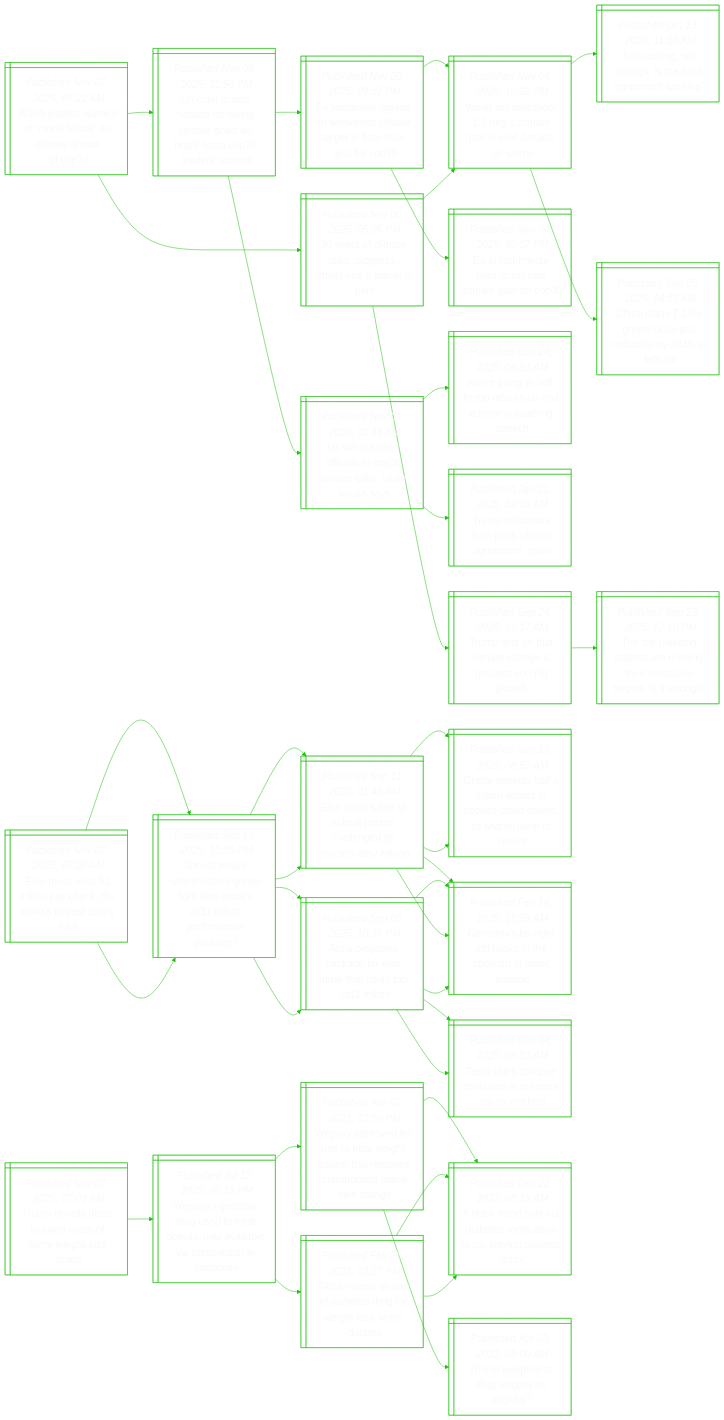
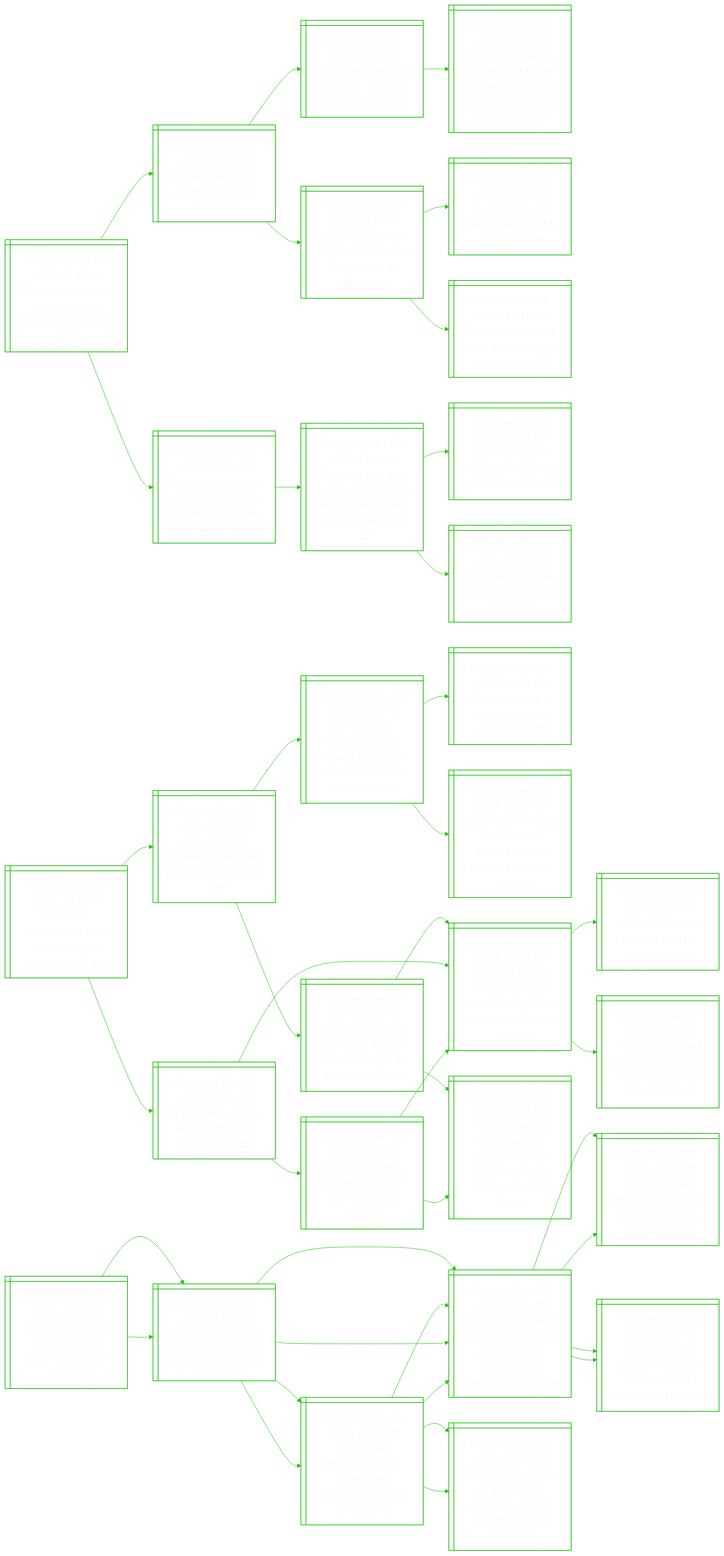
Before and after one commit to notJmes/notJmes: the diagram in README.md, drawn with Mermaid. The commit also changed other lines of this file, not shown here.

````diff
--- a/README.md
+++ b/README.md
@@ -16,118 +16,130 @@
 flowchart LR
 classDef txtsize font-size:20px;
 
-WlrnmfrledP@{ shape: win-pane, label: "_Published Nov 07, 2025, 07:21 AM_
-World leaders warned of ‘moral failure’ on climate ahead of cop30" }
-UeltfictlrhCast@{ shape: win-pane, label: "_Published Nov 06, 2025, 11:50 PM_
-Un chief scolds nations for failing climate goals as brazil hosts cop30 leaders’ summit" }
-EterneleeioaC@{ shape: win-pane, label: "_Published Nov 05, 2025, 09:32 PM_
-Eu tentatively agrees on weakened climate target in final-hour deal for cop30" }
-WwvogmoneUn@{ shape: win-pane, label: "_Published Nov 04, 2025, 10:22 PM_
-World will overshoot 1.5 deg c climate goal in next decade, un warns" }
-Eanaoemor@{ shape: win-pane, label: "_Published Nov 04, 2025, 02:07 PM_
-Eu in last-minute talks to set new climate goal for cop30" }
-UleflOmahoa@{ shape: win-pane, label: "_Published Nov 01, 2025, 01:46 AM_
-Us will not send officials to cop30 climate talks, white house says" }
-Ygtlpcarnhp@{ shape: win-pane, label: "_Published Sep 24, 2025, 06:51 AM_
-‘you’re going to hell’: trump attacks un and europe in scathing speech" }
-Twrrriamg@{ shape: win-pane, label: "_Published Jan 21, 2025, 02:36 AM_
-Trump withdraws from paris climate agreement, again" }
-yomarsfalii@{ shape: win-pane, label: "_Published Nov 06, 2025, 05:05 PM_
-30 years of climate talks: progress, pitfalls and a planet in peril" }
-TtUtaastogl@{ shape: win-pane, label: "_Published Sep 24, 2025, 12:17 AM_
-Trump tells un that climate change is ‘greatest con job’ globally" }
-Tpunnrieingso@{ shape: win-pane, label: "_Published Sep 23, 2025, 12:10 PM_
-The top polluting nations are revising their emissions targets. is it enough?" }
-WwvogmoneUn@{ shape: win-pane, label: "_Published Nov 04, 2025, 10:22 PM_
-World will overshoot 1.5 deg c climate goal in next decade, un warns" }
-Ntnosager@{ shape: win-pane, label: "_Published Oct 13, 2025, 11:10 AM_
-Not nothing, not enough: is the paris agreement working?" }
-Cpghgdois@{ shape: win-pane, label: "_Published Sep 25, 2025, 04:57 AM_
-China plans 7-10% greenhouse gas reduction by 2035, xi tells un" }
+TmCaadotiil@{ shape: win-pane, label: "_Published Nov 07, 2025, 11:42 AM_
+Trump meets central asian leaders to boost critical mineral ties" }
+KhtnhcTs@{ shape: win-pane, label: "_Published Nov 07, 2025, 03:01 AM_
+Kazakhstan to join abraham accords, trump says" }
+Tdrzooetum@{ shape: win-pane, label: "_Published Oct 13, 2025, 05:59 AM_
+Trump declares gaza war ‘over’; hostages due to return home" }
+AtHfezerydatoGel@{ shape: win-pane, label: "_Published Sep 30, 2025, 06:45 AM_
+Amnesty for hamas fighters, gaza to be governed by ‘board of peace’: details of the gaza peace plan" }
+ScpevToWHoiy@{ shape: win-pane, label: "_Published Nov 04, 2025, 08:37 AM_
+Saudi crown prince will visit trump on nov 18, white house official says" }
+Uesarbpg@{ shape: win-pane, label: "_Published May 13, 2025, 11:07 PM_
+Us agrees to sell saudi arabia $185b arms package" }
+Tttinchon@{ shape: win-pane, label: "_Published Oct 21, 2025, 11:41 PM_
+Trump to host saudi crown prince at white house on nov 18" }
+TttrienUkoraile@{ shape: win-pane, label: "_Published Nov 07, 2025, 12:15 AM_
+Trump to host central asian presidents as us seeks to counter china, russia influence" }
+Unloehmsewne@{ shape: win-pane, label: "_Published Oct 30, 2025, 10:01 AM_
+Us, china seal deal on rare earths; trump says xi meeting was a 12 on scale of 1 to 10" }
+LnmegvpSaee@{ shape: win-pane, label: "_Published Oct 30, 2025, 12:05 AM_
+Looming trump-xi meeting revives hope of us-china trade truce" }
+Wrteamdar@{ shape: win-pane, label: "_Published Oct 21, 2025, 09:47 PM_
+Why rare earths are china’s trump card in trade war" }
 
-WlrnmfrledP:::txtsize --> UeltfictlrhCast:::txtsize
-UeltfictlrhCast:::txtsize --> EterneleeioaC:::txtsize
-EterneleeioaC:::txtsize --> WwvogmoneUn:::txtsize
-EterneleeioaC:::txtsize --> Eanaoemor:::txtsize
-UeltfictlrhCast:::txtsize --> UleflOmahoa:::txtsize
-UleflOmahoa:::txtsize --> Ygtlpcarnhp:::txtsize
-UleflOmahoa:::txtsize --> Twrrriamg:::txtsize
-WlrnmfrledP:::txtsize --> yomarsfalii:::txtsize
-yomarsfalii:::txtsize --> TtUtaastogl:::txtsize
-TtUtaastogl:::txtsize --> Tpunnrieingso:::txtsize
-yomarsfalii:::txtsize --> WwvogmoneUn:::txtsize
-WwvogmoneUn:::txtsize --> Ntnosager:::txtsize
-WwvogmoneUn:::txtsize --> Cpghgdois:::txtsize
+TmCaadotiil:::txtsize --> KhtnhcTs:::txtsize
+KhtnhcTs:::txtsize --> Tdrzooetum:::txtsize
+Tdrzooetum:::txtsize --> AtHfezerydatoGel:::txtsize
+KhtnhcTs:::txtsize --> ScpevToWHoiy:::txtsize
+ScpevToWHoiy:::txtsize --> Uesarbpg:::txtsize
+ScpevToWHoiy:::txtsize --> Tttinchon:::txtsize
+TmCaadotiil:::txtsize --> TttrienUkoraile:::txtsize
+TttrienUkoraile:::txtsize --> Unloehmsewne:::txtsize
+Unloehmsewne:::txtsize --> LnmegvpSaee:::txtsize
+Unloehmsewne:::txtsize --> Wrteamdar:::txtsize
 
-Eunlpeedgah@{ shape: win-pane, label: "_Published Nov 07, 2025, 07:07 AM_
-Elon musk wins $1 trillion pay check, the world’s largest salary hike" }
-Sdardrilstiraae@{ shape: win-pane, label: "_Published Sep 12, 2025, 10:35 PM_
-Should tesla’s shareholders green-light elon musk’s us$1 trillion performance package?" }
-Euiferhnylrl@{ shape: win-pane, label: "_Published Sep 11, 2025, 01:45 AM_
-Elon musk’s title of richest person challenged by oracle’s larry ellison" }
-Oeclinabddrssto@{ shape: win-pane, label: "_Published Sep 10, 2025, 08:53 AM_
-Oracle expects half a trillion dollars in booked cloud orders; its shares jump to record" }
-GnrtanpgMut@{ shape: win-pane, label: "_Published Feb 16, 2025, 11:59 AM_
-Germany’s far-right afd basks in the spotlight of musk support" }
-Tpscfokctti@{ shape: win-pane, label: "_Published Sep 05, 2025, 10:35 PM_
-Tesla proposes package for elon musk that could top us$1 trillion" }
-TscpneusVe@{ shape: win-pane, label: "_Published Sep 04, 2025, 09:53 AM_
-Tesla sales collapse continues in europe’s top ev markets" }
-GnrtanpgMut@{ shape: win-pane, label: "_Published Feb 16, 2025, 11:59 AM_
-Germany’s far-right afd basks in the spotlight of musk support" }
-Sdardrilstiraae@{ shape: win-pane, label: "_Published Sep 12, 2025, 10:35 PM_
-Should tesla’s shareholders green-light elon musk’s us$1 trillion performance package?" }
-Euiferhnylrl@{ shape: win-pane, label: "_Published Sep 11, 2025, 01:45 AM_
-Elon musk’s title of richest person challenged by oracle’s larry ellison" }
-Oeclinabddrssto@{ shape: win-pane, label: "_Published Sep 10, 2025, 08:53 AM_
-Oracle expects half a trillion dollars in booked cloud orders; its shares jump to record" }
-GnrtanpgMut@{ shape: win-pane, label: "_Published Feb 16, 2025, 11:59 AM_
-Germany’s far-right afd basks in the spotlight of musk support" }
-Tpscfokctti@{ shape: win-pane, label: "_Published Sep 05, 2025, 10:35 PM_
-Tesla proposes package for elon musk that could top us$1 trillion" }
-TscpneusVe@{ shape: win-pane, label: "_Published Sep 04, 2025, 09:53 AM_
-Tesla sales collapse continues in europe’s top ev markets" }
-GnrtanpgMut@{ shape: win-pane, label: "_Published Feb 16, 2025, 11:59 AM_
-Germany’s far-right afd basks in the spotlight of musk support" }
+Castaoelkd@{ shape: win-pane, label: "_Published Nov 07, 2025, 11:32 AM_
+Canada’s conservative party loses second lawmaker in 3 days" }
+MfokCilsrgt@{ shape: win-pane, label: "_Published Nov 06, 2025, 02:18 PM_
+Mp’s defection shakes up canadian politics before budget vote" }
+Snndarawndwila@{ shape: win-pane, label: "_Published Sep 29, 2025, 06:09 PM_
+Six months in, canada pm mark carney faces two-front trade war with little leverage" }
+ChaCafauef@{ shape: win-pane, label: "_Published Mar 08, 2025, 09:31 AM_
+China hits back at canada with fresh agriculture tariffs" }
+Cttdtddetloyru@{ shape: win-pane, label: "_Published Apr 11, 2024, 10:15 AM_
+China tried to meddle but canadians decided last two elections, says pm trudeau" }
+Cartfeaieispfo@{ shape: win-pane, label: "_Published Dec 17, 2024, 02:26 PM_
+Canada government adrift after finance minister resigns as trump tariffs loom" }
+CaaieyFasapyhPd@{ shape: win-pane, label: "_Published Dec 16, 2024, 10:39 PM_
+Canada’s finance minister chrystia freeland resigns after policy clash with pm trudeau" }
+TttheCanrollgoir@{ shape: win-pane, label: "_Published Nov 26, 2024, 08:02 AM_
+Trump threatens china, mexico, canada with new tariffs over illegal immigration, illicit drugs" }
+TjCamtard@{ shape: win-pane, label: "_Published Dec 19, 2024, 12:55 AM_
+Trump jokes canada becoming 51st us state ‘a great idea’" }
+CaaieyFasapyhPd@{ shape: win-pane, label: "_Published Dec 16, 2024, 10:39 PM_
+Canada’s finance minister chrystia freeland resigns after policy clash with pm trudeau" }
+Cadueroeo@{ shape: win-pane, label: "_Published Dec 10, 2024, 08:15 AM_
+Canada’s trudeau survives third no-confidence vote" }
+TamTtednstnfa@{ shape: win-pane, label: "_Published Dec 02, 2024, 04:19 AM_
+Trudeau promised trump tougher border controls, says top canada official" }
+CadaslfePi@{ shape: win-pane, label: "_Published Dec 18, 2024, 06:56 AM_
+Canada’s trudeau battles to hold on after deputy pm resigns" }
+CaaieyFasapyhPd@{ shape: win-pane, label: "_Published Dec 16, 2024, 10:39 PM_
+Canada’s finance minister chrystia freeland resigns after policy clash with pm trudeau" }
+TttheCanrollgoir@{ shape: win-pane, label: "_Published Nov 26, 2024, 08:02 AM_
+Trump threatens china, mexico, canada with new tariffs over illegal immigration, illicit drugs" }
 
-Eunlpeedgah:::txtsize --> Sdardrilstiraae:::txtsize
-Sdardrilstiraae:::txtsize --> Euiferhnylrl:::txtsize
-Euiferhnylrl:::txtsize --> Oeclinabddrssto:::txtsize
-Euiferhnylrl:::txtsize --> GnrtanpgMut:::txtsize
-Sdardrilstiraae:::txtsize --> Tpscfokctti:::txtsize
-Tpscfokctti:::txtsize --> TscpneusVe:::txtsize
-Tpscfokctti:::txtsize --> GnrtanpgMut:::txtsize
-Eunlpeedgah:::txtsize --> Sdardrilstiraae:::txtsize
-Sdardrilstiraae:::txtsize --> Euiferhnylrl:::txtsize
-Euiferhnylrl:::txtsize --> Oeclinabddrssto:::txtsize
-Euiferhnylrl:::txtsize --> GnrtanpgMut:::txtsize
-Sdardrilstiraae:::txtsize --> Tpscfokctti:::txtsize
-Tpscfokctti:::txtsize --> TscpneusVe:::txtsize
-Tpscfokctti:::txtsize --> GnrtanpgMut:::txtsize
+Castaoelkd:::txtsize --> MfokCilsrgt:::txtsize
+MfokCilsrgt:::txtsize --> Snndarawndwila:::txtsize
+Snndarawndwila:::txtsize --> ChaCafauef:::txtsize
+Snndarawndwila:::txtsize --> Cttdtddetloyru:::txtsize
+MfokCilsrgt:::txtsize --> Cartfeaieispfo:::txtsize
+Cartfeaieispfo:::txtsize --> CaaieyFasapyhPd:::txtsize
+Cartfeaieispfo:::txtsize --> TttheCanrollgoir:::txtsize
+Castaoelkd:::txtsize --> TjCamtard:::txtsize
+TjCamtard:::txtsize --> CaaieyFasapyhPd:::txtsize
+CaaieyFasapyhPd:::txtsize --> Cadueroeo:::txtsize
+CaaieyFasapyhPd:::txtsize --> TamTtednstnfa:::txtsize
+TjCamtard:::txtsize --> CadaslfePi:::txtsize
+CadaslfePi:::txtsize --> CaaieyFasapyhPd:::txtsize
+CadaslfePi:::txtsize --> TttheCanrollgoir:::txtsize
 
-Tulloofwtd@{ shape: win-pane, label: "_Published Nov 07, 2025, 07:03 AM_
-Trump unveils deals to lower costs of some weight-loss drugs" }
-Wyceuotiwlvepige@{ shape: win-pane, label: "_Published Jul 12, 2025, 06:15 PM_
-Wegovy, injectable drug used to treat obesity, now available via prescription in singapore" }
-WyootagsSonodnei@{ shape: win-pane, label: "_Published Apr 02, 2023, 02:50 PM_
-Wegovy approved for use to treat weight issues; hsa removes unauthorised online sale listings" }
-AondieioSitsy@{ shape: win-pane, label: "_Published Dec 22, 2022, 08:19 AM_
-A tiktok trend sold out diabetes medication in us, leaving patients dizzy" }
-Wwtdesu@{ shape: win-pane, label: "_Published Apr 03, 2023, 05:00 AM_
-Why is weight-loss drug wegovy so popular?" }
-Tkosiegeloos@{ shape: win-pane, label: "_Published Feb 28, 2023, 03:27 PM_
-Tiktok videos on use of diabetes drug for weight loss worry doctors" }
-AondieioSitsy@{ shape: win-pane, label: "_Published Dec 22, 2022, 08:19 AM_
-A tiktok trend sold out diabetes medication in us, leaving patients dizzy" }
-AondieioSitsy@{ shape: win-pane, label: "_Published Dec 22, 2022, 08:19 AM_
-A tiktok trend sold out diabetes medication in us, leaving patients dizzy" }
+Heftaoitdso@{ shape: win-pane, label: "_Published Nov 07, 2025, 10:28 AM_
+Hundreds of flights cut at major us airports amid govt shutdown" }
+Utsanritlss@{ shape: win-pane, label: "_Published Nov 06, 2025, 11:05 PM_
+Us shutdown sends airlines scrambling as travel chaos looms" }
+TaitroguaSouomhw@{ shape: win-pane, label: "_Published Nov 06, 2025, 06:35 AM_
+Trump administration orders 10% of flights cut at major us airports due to government shutdown" }
+Ueniunmaayat@{ shape: win-pane, label: "_Published Oct 01, 2025, 12:02 PM_
+Us government begins shutdown that may lead to mass layoffs and cuts" }
+Lsounsrfakni@{ shape: win-pane, label: "_Published Nov 05, 2025, 04:22 PM_
+Longest us govt shutdown tests air travel, federal workers and patience" }
+Tbscaomhwoot@{ shape: win-pane, label: "_Published Nov 06, 2025, 07:21 AM_
+Trump blasts democrats as us government shutdown becomes longest ever" }
+TaitroguaSouomhw@{ shape: win-pane, label: "_Published Nov 06, 2025, 06:35 AM_
+Trump administration orders 10% of flights cut at major us airports due to government shutdown" }
+Frmognsonpewei@{ shape: win-pane, label: "_Published Nov 04, 2025, 08:32 AM_
+For first time in long us government shutdown, hints of progress toward reopening" }
+Utsanritlss@{ shape: win-pane, label: "_Published Nov 06, 2025, 11:05 PM_
+Us shutdown sends airlines scrambling as travel chaos looms" }
+TaitroguaSouomhw@{ shape: win-pane, label: "_Published Nov 06, 2025, 06:35 AM_
+Trump administration orders 10% of flights cut at major us airports due to government shutdown" }
+Ueniunmaayat@{ shape: win-pane, label: "_Published Oct 01, 2025, 12:02 PM_
+Us government begins shutdown that may lead to mass layoffs and cuts" }
+Lsounsrfakni@{ shape: win-pane, label: "_Published Nov 05, 2025, 04:22 PM_
+Longest us govt shutdown tests air travel, federal workers and patience" }
+Tbscaomhwoot@{ shape: win-pane, label: "_Published Nov 06, 2025, 07:21 AM_
+Trump blasts democrats as us government shutdown becomes longest ever" }
+TaitroguaSouomhw@{ shape: win-pane, label: "_Published Nov 06, 2025, 06:35 AM_
+Trump administration orders 10% of flights cut at major us airports due to government shutdown" }
+Frmognsonpewei@{ shape: win-pane, label: "_Published Nov 04, 2025, 08:32 AM_
+For first time in long us government shutdown, hints of progress toward reopening" }
 
-Tulloofwtd:::txtsize --> Wyceuotiwlvepige:::txtsize
-Wyceuotiwlvepige:::txtsize --> WyootagsSonodnei:::txtsize
-WyootagsSonodnei:::txtsize --> AondieioSitsy:::txtsize
-WyootagsSonodnei:::txtsize --> Wwtdesu:::txtsize
-Wyceuotiwlvepige:::txtsize --> Tkosiegeloos:::txtsize
-Tkosiegeloos:::txtsize --> AondieioSitsy:::txtsize
-Tkosiegeloos:::txtsize --> AondieioSitsy:::txtsize
+Heftaoitdso:::txtsize --> Utsanritlss:::txtsize
+Utsanritlss:::txtsize --> TaitroguaSouomhw:::txtsize
+TaitroguaSouomhw:::txtsize --> Ueniunmaayat:::txtsize
+TaitroguaSouomhw:::txtsize --> Lsounsrfakni:::txtsize
+Utsanritlss:::txtsize --> Tbscaomhwoot:::txtsize
+Tbscaomhwoot:::txtsize --> TaitroguaSouomhw:::txtsize
+Tbscaomhwoot:::txtsize --> Frmognsonpewei:::txtsize
+Heftaoitdso:::txtsize --> Utsanritlss:::txtsize
+Utsanritlss:::txtsize --> TaitroguaSouomhw:::txtsize
+TaitroguaSouomhw:::txtsize --> Ueniunmaayat:::txtsize
+TaitroguaSouomhw:::txtsize --> Lsounsrfakni:::txtsize
+Utsanritlss:::txtsize --> Tbscaomhwoot:::txtsize
+Tbscaomhwoot:::txtsize --> TaitroguaSouomhw:::txtsize
+Tbscaomhwoot:::txtsize --> Frmognsonpewei:::txtsize
 
 ```
````
